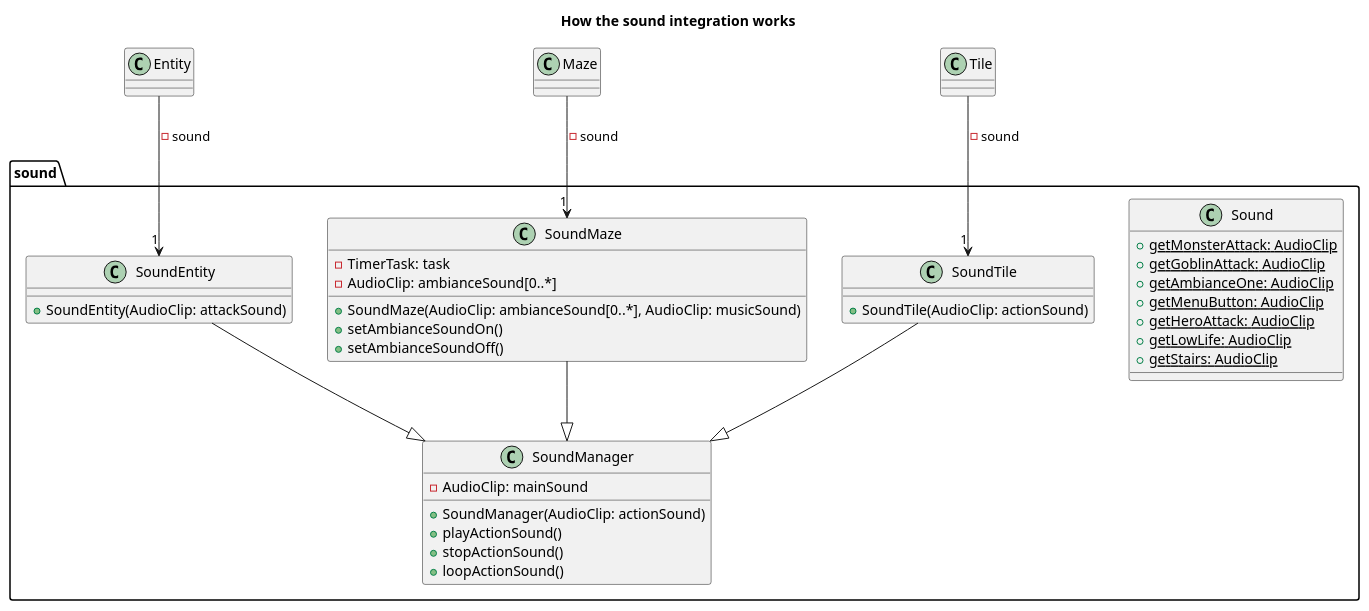
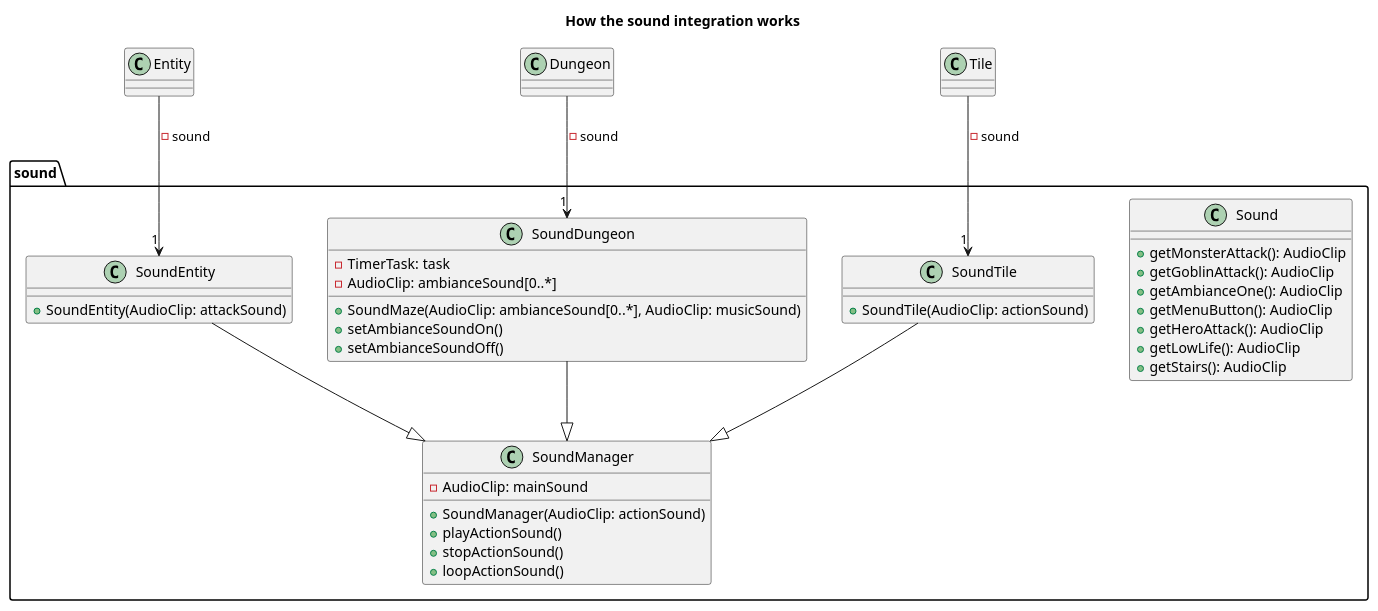
Before and after one commit to Reynault/ACL_2019_Zelpop: the diagram in doc/4_sprint/diagrams/puml/class/sound.puml, drawn with PlantUML. The commit also changed 4 other files, not shown here.

```diff
--- a/doc/4_sprint/diagrams/puml/class/sound.puml
+++ b/doc/4_sprint/diagrams/puml/class/sound.puml
@@ -1,66 +1,66 @@
 @startuml
 
 title How the sound integration works
 
 package sound{
 
     class Sound{
-        + {static} getMonsterAttack: AudioClip
-        + {static} getGoblinAttack: AudioClip
-        + {static} getAmbianceOne: AudioClip
-        + {static} getMenuButton: AudioClip
-        + {static} getHeroAttack: AudioClip
-        + {static} getLowLife: AudioClip
-        + {static} getStairs: AudioClip
+        + getMonsterAttack(): AudioClip
+        + getGoblinAttack(): AudioClip
+        + getAmbianceOne(): AudioClip
+        + getMenuButton(): AudioClip
+        + getHeroAttack(): AudioClip
+        + getLowLife(): AudioClip
+        + getStairs(): AudioClip
     }
 
     class SoundEntity{
         + SoundEntity(AudioClip: attackSound)
     }
 
 
     class SoundTile{
         + SoundTile(AudioClip: actionSound)
     }
 
-    class SoundMaze{
+    class SoundDungeon{
         - TimerTask: task
         - AudioClip: ambianceSound[0..*]
 
         + SoundMaze(AudioClip: ambianceSound[0..*], AudioClip: musicSound)
         + setAmbianceSoundOn()
         + setAmbianceSoundOff()
     }
 
     class SoundManager{
         - AudioClip: mainSound
 
         + SoundManager(AudioClip: actionSound)
         + playActionSound()
         + stopActionSound()
         + loopActionSound()
     }
 }
 
 
 class Entity{
 
 }
 
-class Maze{
+class Dungeon{
 
 }
 
 class Tile{
 
 }
 
 Entity --> "1" SoundEntity: -sound
 Tile --> "1" SoundTile: -sound
-Maze --> "1" SoundMaze: -sound
+Dungeon --> "1" SoundDungeon: -sound
 
 SoundEntity --|> SoundManager
-SoundMaze --|> SoundManager
+SoundDungeon --|> SoundManager
 SoundTile --|> SoundManager
 
 @enduml
```
